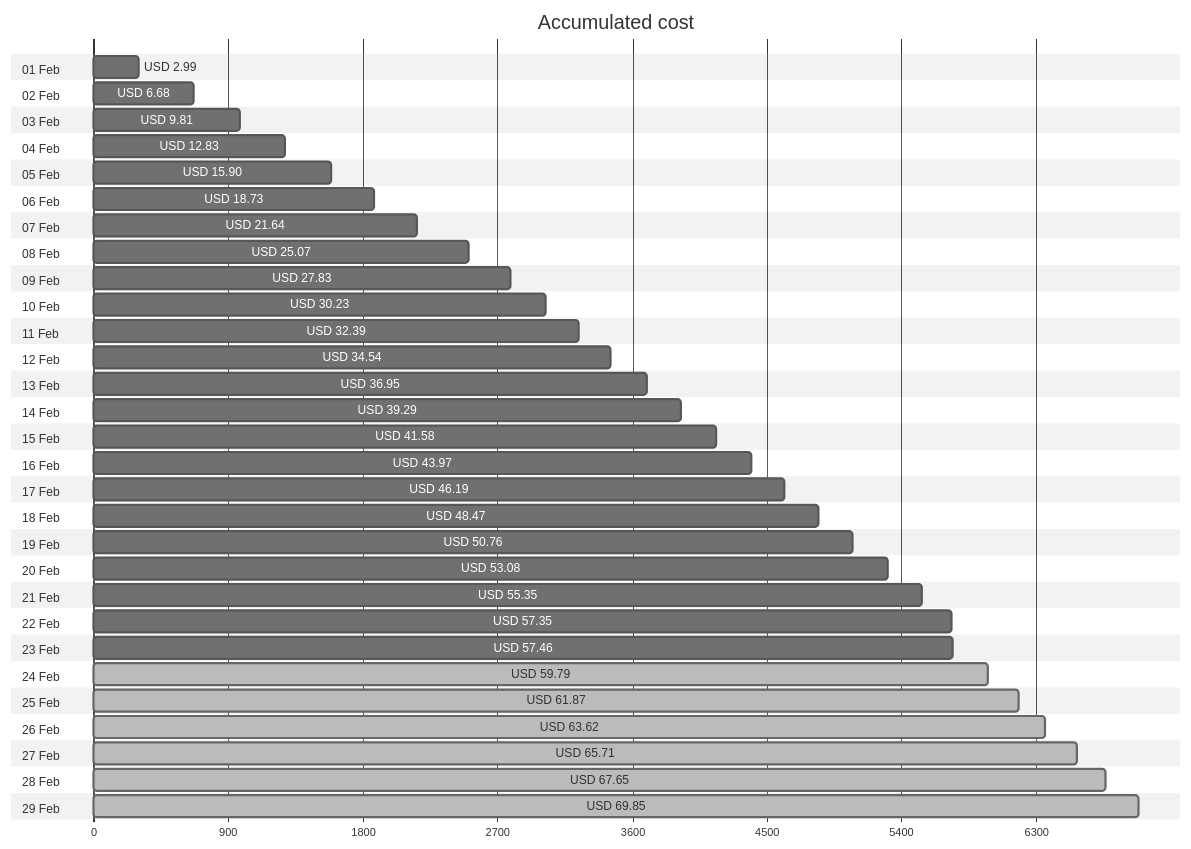
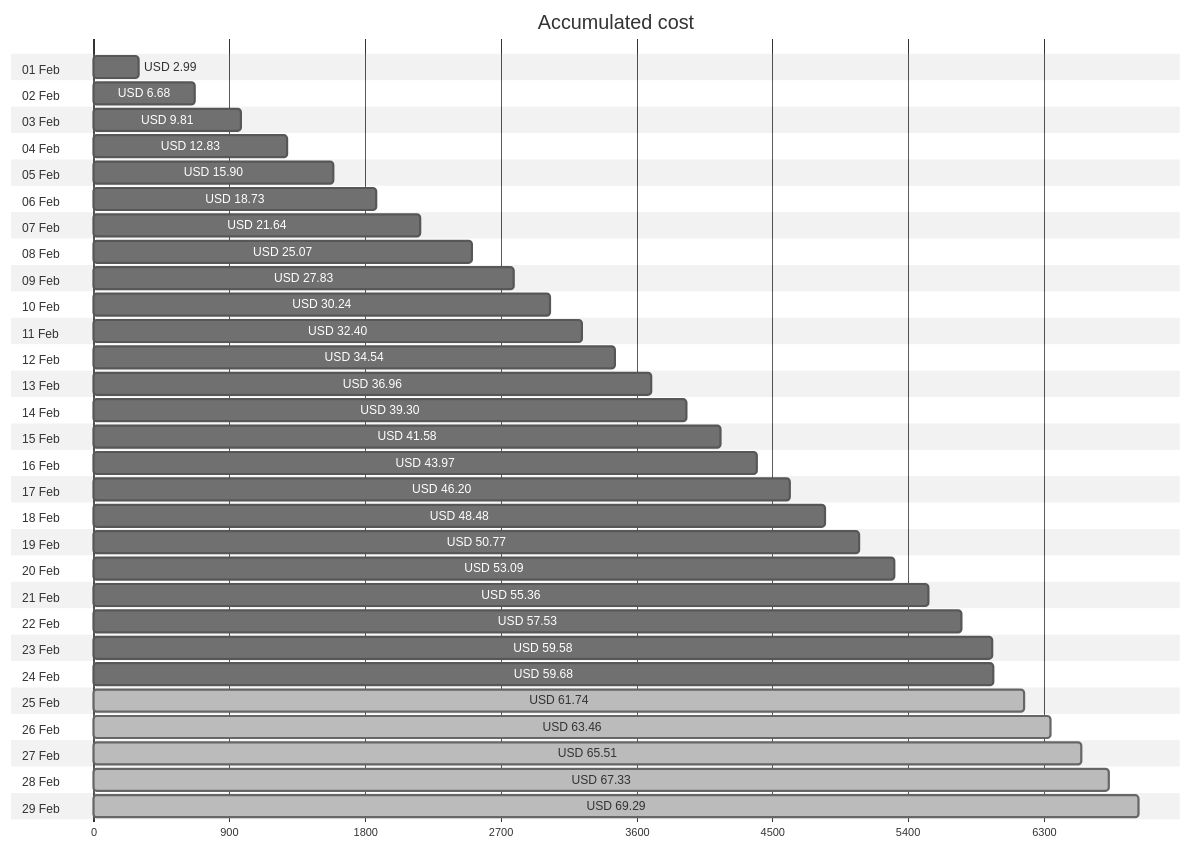
Before and after one commit to jpfulton/azure-personal-reports: the first of 4 diagrams in cost-reports/accumulated-cost.md, drawn with Mermaid (neutral theme). The commit also changed other lines of this file and 4 other files, not shown here.

````diff
--- a/cost-reports/accumulated-cost.md
+++ b/cost-reports/accumulated-cost.md
@@ -20,64 +20,64 @@
 ```mermaid
 gantt
    title Accumulated cost
    dateFormat  X
    axisFormat %s
    section 01 Feb
    USD 2.99 :0, 299
    section 02 Feb
    USD 6.68 :0, 668
    section 03 Feb
    USD 9.81 :0, 981
    section 04 Feb
    USD 12.83 :0, 1283
    section 05 Feb
    USD 15.90 :0, 1590
    section 06 Feb
    USD 18.73 :0, 1873
    section 07 Feb
    USD 21.64 :0, 2164
    section 08 Feb
    USD 25.07 :0, 2507
    section 09 Feb
    USD 27.83 :0, 2783
    section 10 Feb
-   USD 30.23 :0, 3023
+   USD 30.24 :0, 3024
    section 11 Feb
-   USD 32.39 :0, 3239
+   USD 32.40 :0, 3240
    section 12 Feb
    USD 34.54 :0, 3454
    section 13 Feb
-   USD 36.95 :0, 3695
+   USD 36.96 :0, 3696
    section 14 Feb
-   USD 39.29 :0, 3929
+   USD 39.30 :0, 3930
    section 15 Feb
    USD 41.58 :0, 4158
    section 16 Feb
    USD 43.97 :0, 4397
    section 17 Feb
-   USD 46.19 :0, 4619
+   USD 46.20 :0, 4620
    section 18 Feb
-   USD 48.47 :0, 4847
+   USD 48.48 :0, 4848
    section 19 Feb
-   USD 50.76 :0, 5076
+   USD 50.77 :0, 5077
    section 20 Feb
-   USD 53.08 :0, 5308
+   USD 53.09 :0, 5309
    section 21 Feb
-   USD 55.35 :0, 5535
+   USD 55.36 :0, 5536
    section 22 Feb
-   USD 57.35 :0, 5735
+   USD 57.53 :0, 5753
    section 23 Feb
-   USD 57.46 :0, 5746
+   USD 59.58 :0, 5958
    section 24 Feb
-   USD 59.79 : done, 0, 5979
+   USD 59.68 :0, 5968
    section 25 Feb
-   USD 61.87 : done, 0, 6187
+   USD 61.74 : done, 0, 6174
    section 26 Feb
-   USD 63.62 : done, 0, 6362
+   USD 63.46 : done, 0, 6346
    section 27 Feb
-   USD 65.71 : done, 0, 6571
+   USD 65.51 : done, 0, 6551
    section 28 Feb
-   USD 67.65 : done, 0, 6765
+   USD 67.33 : done, 0, 6733
    section 29 Feb
-   USD 69.85 : done, 0, 6985
+   USD 69.29 : done, 0, 6929
 ```
````
